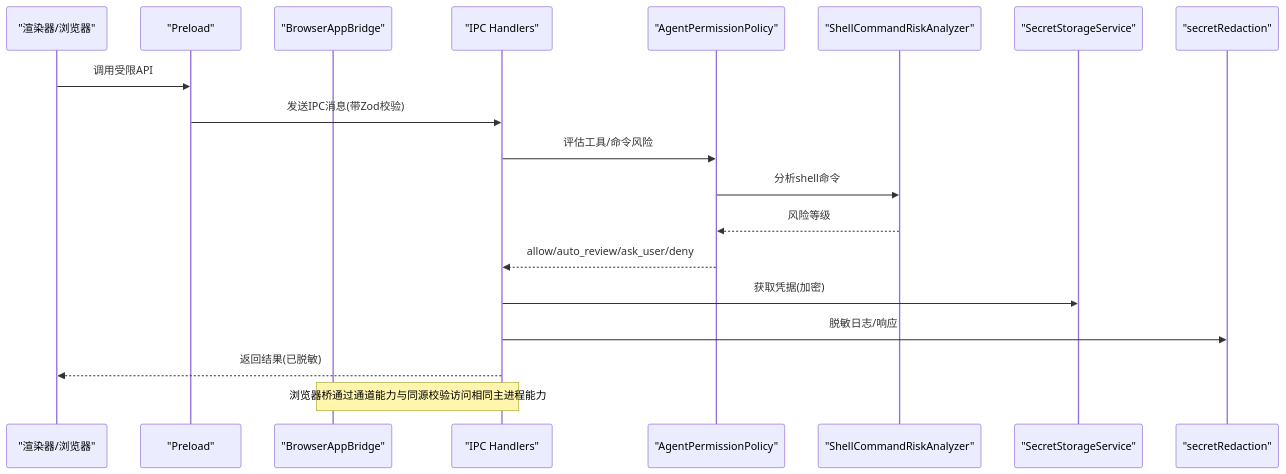
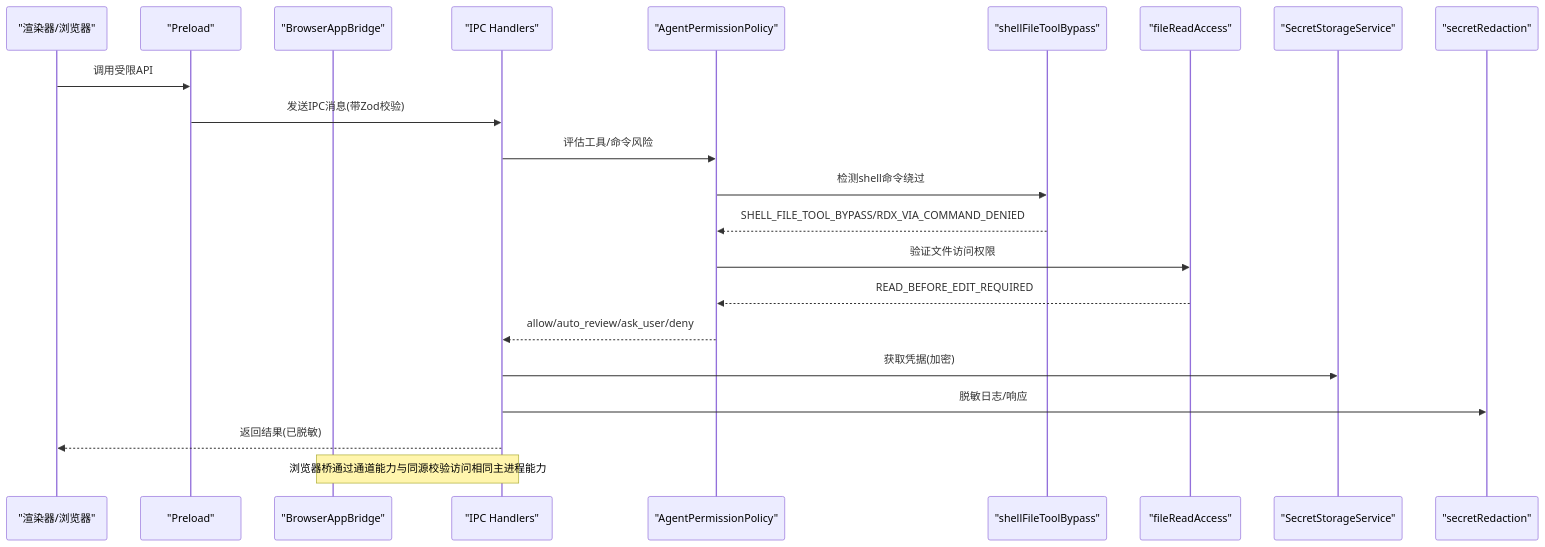
Before and after one commit to haolange/RDC-Agent: the second of 11 diagrams in .qoder/repowiki/zh/content/安全考虑/安全考虑.md, drawn with Mermaid. The commit also changed other lines of this file and 85 other files, not shown here.

````diff
--- a/.qoder/repowiki/zh/content/安全考虑/安全考虑.md
+++ b/.qoder/repowiki/zh/content/安全考虑/安全考虑.md
@@ -120,21 +144,24 @@
 ```mermaid
 sequenceDiagram
 participant UI as "渲染器/浏览器"
 participant Preload as "Preload"
 participant Bridge as "BrowserAppBridge"
 participant IPC as "IPC Handlers"
 participant Policy as "AgentPermissionPolicy"
-participant Shell as "ShellCommandRiskAnalyzer"
+participant Bypass as "shellFileToolBypass"
+participant Access as "fileReadAccess"
 participant Store as "SecretStorageService"
 participant Redact as "secretRedaction"
 UI->>Preload : 调用受限API
 Preload->>IPC : 发送IPC消息(带Zod校验)
 IPC->>Policy : 评估工具/命令风险
-Policy->>Shell : 分析shell命令
-Shell-->>Policy : 风险等级
+Policy->>Bypass : 检测shell命令绕过
+Bypass-->>Policy : SHELL_FILE_TOOL_BYPASS/RDX_VIA_COMMAND_DENIED
+Policy->>Access : 验证文件访问权限
+Access-->>Policy : READ_BEFORE_EDIT_REQUIRED
 Policy-->>IPC : allow/auto_review/ask_user/deny
 IPC->>Store : 获取凭据(加密)
 IPC->>Redact : 脱敏日志/响应
 IPC-->>UI : 返回结果(已脱敏)
 Note over Bridge,IPC : 浏览器桥通过通道能力与同源校验访问相同主进程能力
 ```
````
